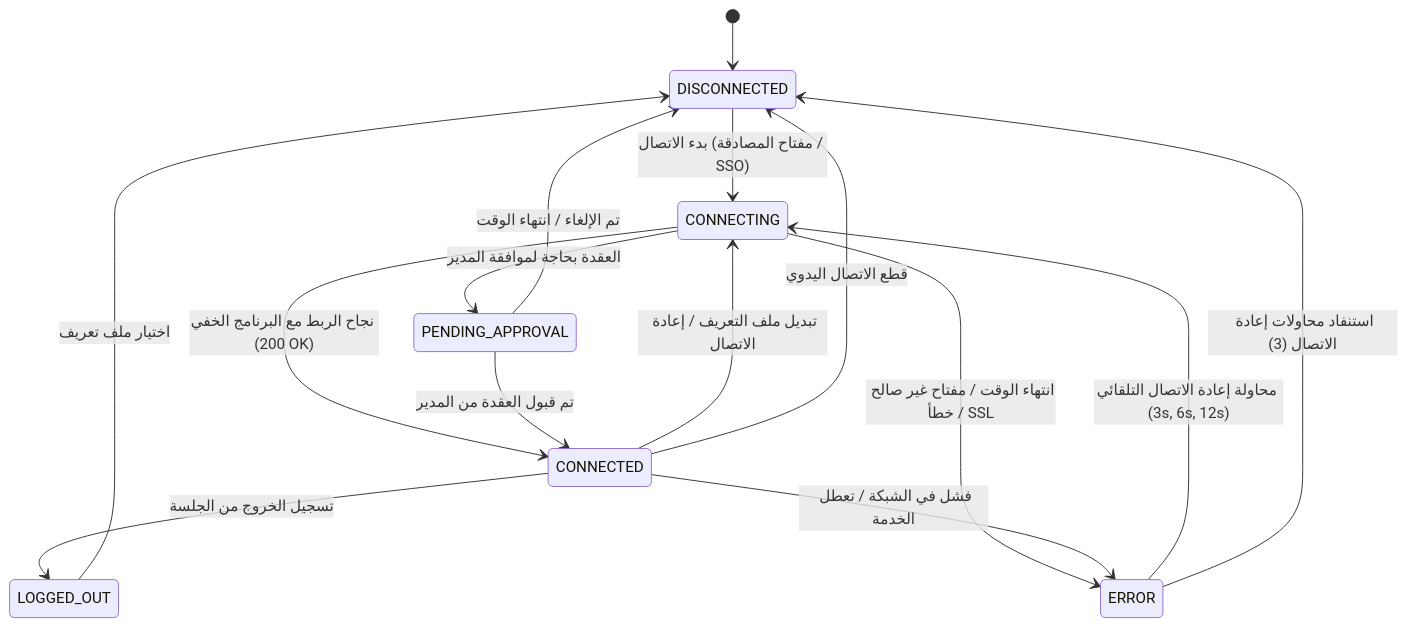
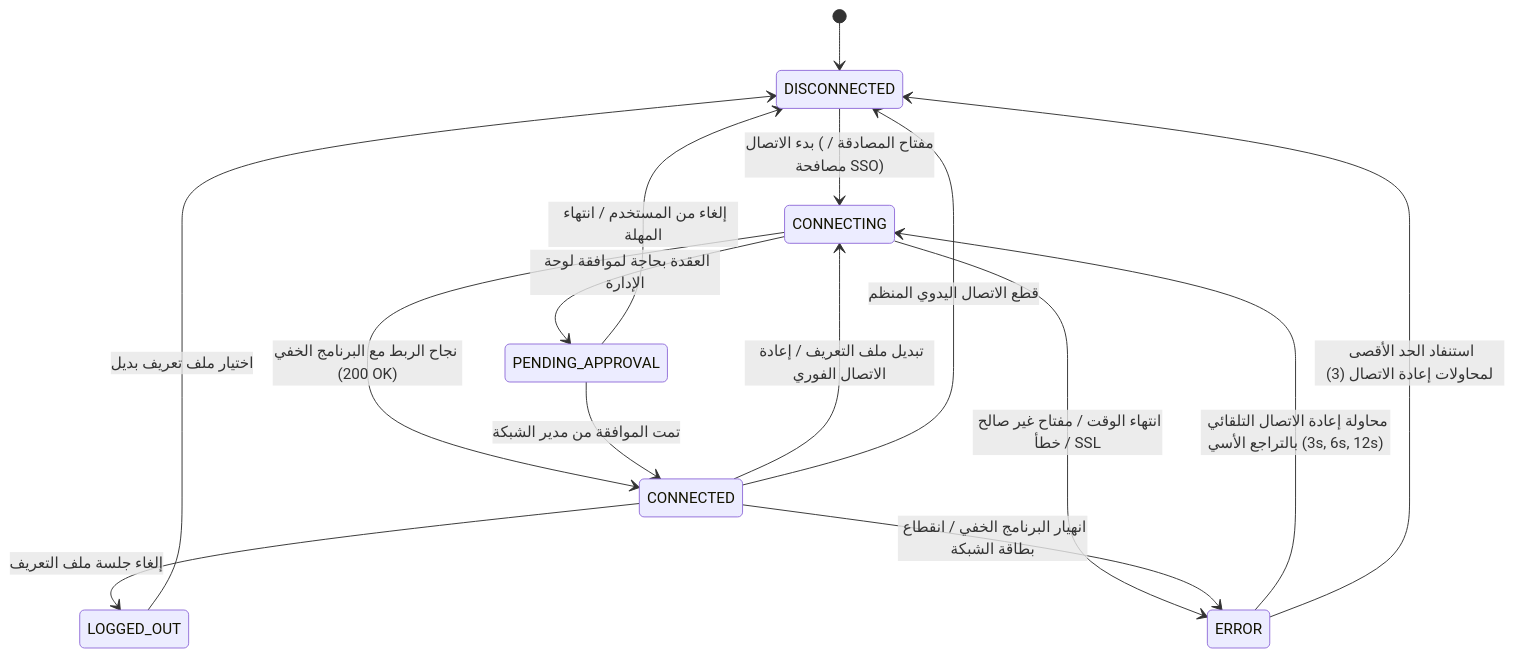
The second of 3 diagrams in Docs/README_ar.md (Arean82/Tailscale-Headscale-Client), drawn with Mermaid before and after one commit. The commit also changed other lines of this file and 3 other files, not shown here.

````diff
--- a/Docs/README_ar.md
+++ b/Docs/README_ar.md
@@ -69,22 +82,22 @@
 ```mermaid
 stateDiagram-v2
     [*] --> DISCONNECTED
 
-    DISCONNECTED --> CONNECTING : بدء الاتصال (مفتاح المصادقة / SSO)
+    DISCONNECTED --> CONNECTING : بدء الاتصال (مفتاح المصادقة / مصافحة SSO)
     CONNECTING --> CONNECTED : نجاح الربط مع البرنامج الخفي (200 OK)
     CONNECTING --> ERROR : انتهاء الوقت / مفتاح غير صالح / خطأ SSL
-    CONNECTING --> PENDING_APPROVAL : العقدة بحاجة لموافقة المدير
+    CONNECTING --> PENDING_APPROVAL : العقدة بحاجة لموافقة لوحة الإدارة
 
-    PENDING_APPROVAL --> CONNECTED : تم قبول العقدة من المدير
-    PENDING_APPROVAL --> DISCONNECTED : تم الإلغاء / انتهاء الوقت
+    PENDING_APPROVAL --> CONNECTED : تمت الموافقة من مدير الشبكة
+    PENDING_APPROVAL --> DISCONNECTED : إلغاء من المستخدم / انتهاء المهلة
 
-    CONNECTED --> CONNECTING : تبديل ملف التعريف / إعادة الاتصال
-    CONNECTED --> DISCONNECTED : قطع الاتصال اليدوي
-    CONNECTED --> LOGGED_OUT : تسجيل الخروج من الجلسة
-    CONNECTED --> ERROR : فشل في الشبكة / تعطل الخدمة
+    CONNECTED --> CONNECTING : تبديل ملف التعريف / إعادة الاتصال الفوري
+    CONNECTED --> DISCONNECTED : قطع الاتصال اليدوي المنظم
+    CONNECTED --> LOGGED_OUT : إلغاء جلسة ملف التعريف
+    CONNECTED --> ERROR : انهيار البرنامج الخفي / انقطاع بطاقة الشبكة
 
-    ERROR --> CONNECTING : محاولة إعادة الاتصال التلقائي (3s, 6s, 12s)
-    ERROR --> DISCONNECTED : استنفاد محاولات إعادة الاتصال (3)
+    ERROR --> CONNECTING : محاولة إعادة الاتصال التلقائي بالتراجع الأسي (3s, 6s, 12s)
+    ERROR --> DISCONNECTED : استنفاد الحد الأقصى لمحاولات إعادة الاتصال (3)
 
-    LOGGED_OUT --> DISCONNECTED : اختيار ملف تعريف
+    LOGGED_OUT --> DISCONNECTED : اختيار ملف تعريف بديل
 ```
````
